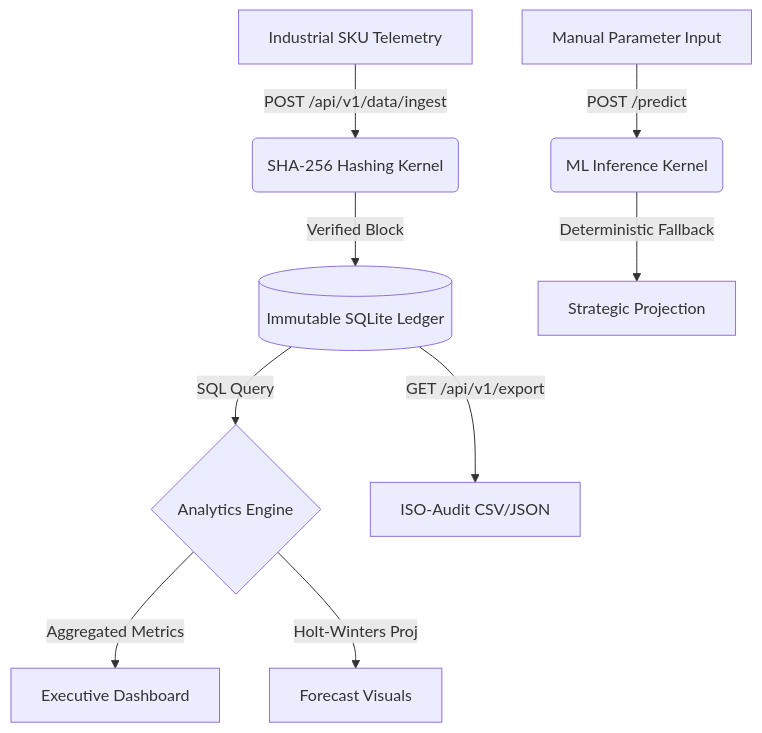
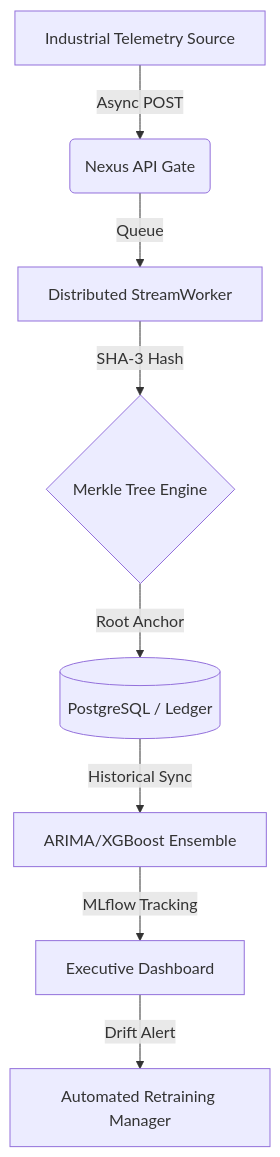
The diagram in README.md (poojakira/Eco-Enterprise), drawn with Mermaid before and after one commit. The commit also changed other lines of this file and 18 other files, not shown here.

````diff
--- a/README.md
+++ b/README.md
@@ -25,11 +15,10 @@
 ```mermaid
 graph TD
-    A[Industrial SKU Telemetry] -->|POST /api/v1/data/ingest| B(SHA-256 Hashing Kernel)
-    B -->|Verified Block| C[(Immutable SQLite Ledger)]
-    C -->|SQL Query| D{Analytics Engine}
-    D -->|Aggregated Metrics| E[Executive Dashboard]
-    D -->|Holt-Winters Proj| F[Forecast Visuals]
-    C -->|GET /api/v1/export| G[ISO-Audit CSV/JSON]
-    H[Manual Parameter Input] -->|POST /predict| I(ML Inference Kernel)
-    I -->|Deterministic Fallback| J[Strategic Projection]
+    A[Industrial Telemetry Source] -->|Async POST| B(Nexus API Gate)
+    B -->|Queue| C[Distributed StreamWorker]
+    C -->|SHA-3 Hash| D{Merkle Tree Engine}
+    D -->|Root Anchor| E[(PostgreSQL / Ledger)]
+    E -->|Historical Sync| F[ARIMA/XGBoost Ensemble]
+    F -->|MLflow Tracking| G[Executive Dashboard]
+    G -->|Drift Alert| H[Automated Retraining Manager]
 ```
````
